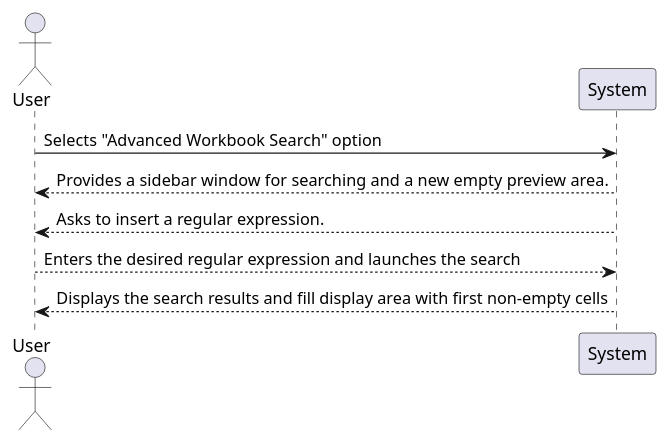
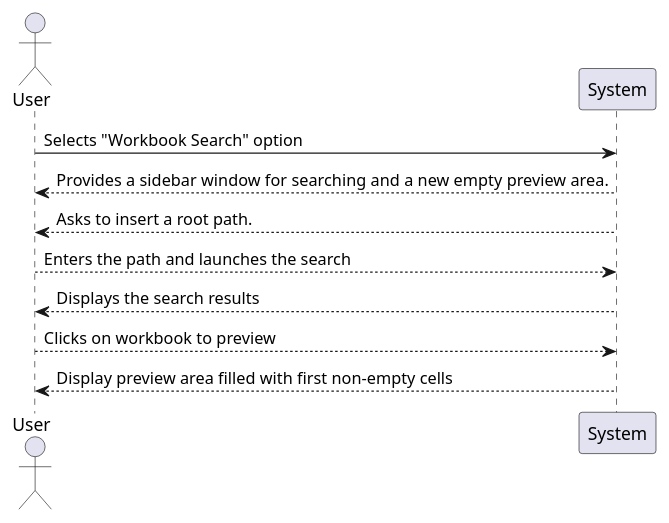
The diagram in src/main/java/lapr4/blue/s2/ipc/n1151088/advancedWorkbookSearch/ipc02_2_ssd.puml (MikeTekOn/lapr4-2017-2dd), drawn with PlantUML before and after one commit. The commit also changed 7 other files, not shown here.

Commit message:
LAPR4E17DD-250 #time 4h #comment Tests (domain and functional tests) LAPR4E17DD-251 #time 4h #comment Design (sequence and class diagrams) LAPR4E17DD-179 #time 1h #comment javadoc quick fix errors

```diff
--- a/src/main/java/lapr4/blue/s2/ipc/n1151088/advancedWorkbookSearch/ipc02_2_ssd.puml
+++ b/src/main/java/lapr4/blue/s2/ipc/n1151088/advancedWorkbookSearch/ipc02_2_ssd.puml
@@ -1,11 +1,13 @@
 @startuml ipc02_2_ssd.png
 
 
 actor User
 participant "System" as S
-User -> S : Selects "Advanced Workbook Search" option
+User -> S : Selects "Workbook Search" option
 S --> User : Provides a sidebar window for searching and a new empty preview area.
-S --> User : Asks to insert a regular expression.
-User --> S : Enters the desired regular expression and launches the search
-S --> User : Displays the search results and fill display area with first non-empty cells
+S --> User : Asks to insert a root path.
+User --> S : Enters the path and launches the search
+S --> User : Displays the search results
+User --> S : Clicks on workbook to preview
+S --> User : Display preview area filled with first non-empty cells
 @enduml
```
